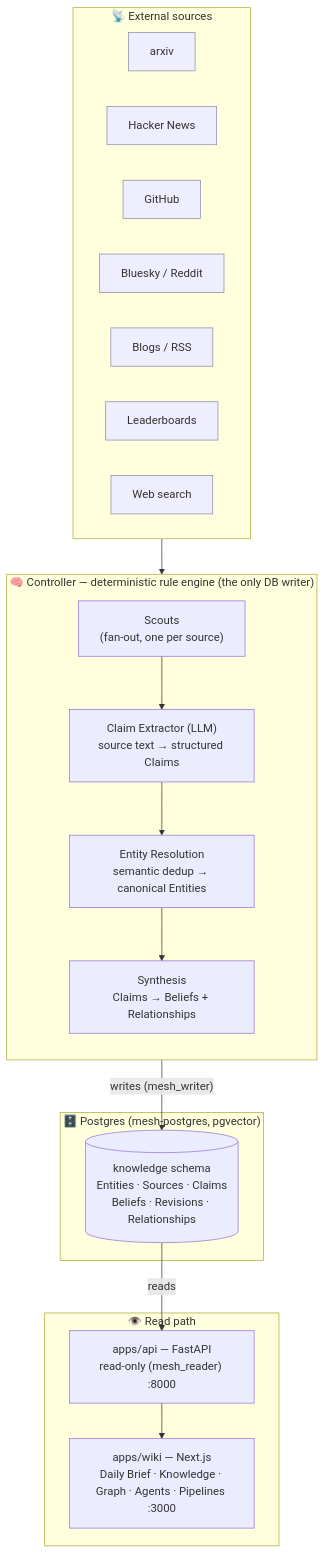
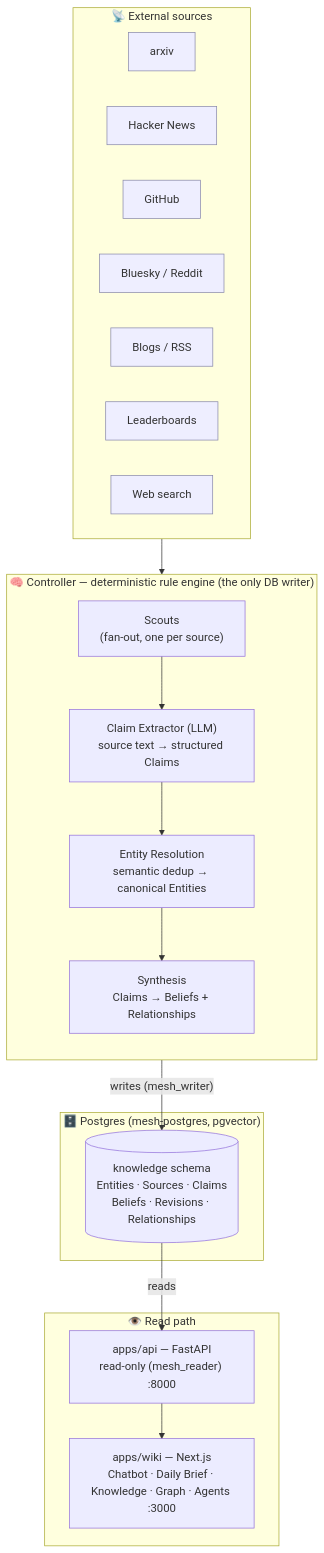
Before and after one commit to bklassen3434/agent-mesh: the first of 2 diagrams in docs/architecture.md, drawn with Mermaid. The commit also changed other lines of this file, not shown here.

First line of the commit message:
docs: correct architecture diagrams to controller-only orchestration

````diff
--- a/docs/architecture.md
+++ b/docs/architecture.md
@@ -25,38 +25,38 @@
 ```mermaid
 flowchart TD
     subgraph sources["📡 External sources"]
         S1[arxiv]
         S2[Hacker News]
         S3[GitHub]
         S4[Bluesky / Reddit]
         S5[Blogs / RSS]
         S6[Leaderboards]
         S7[Web search]
     end
 
     subgraph coord["🧠 Controller — deterministic rule engine (the only DB writer)"]
         direction TB
         SCOUT["Scouts<br/>(fan-out, one per source)"]
         EXTRACT["Claim Extractor (LLM)<br/>source text → structured Claims"]
         RESOLVE["Entity Resolution<br/>semantic dedup → canonical Entities"]
         SYNTH["Synthesis<br/>Claims → Beliefs + Relationships"]
         SCOUT --> EXTRACT --> RESOLVE --> SYNTH
     end
 
     subgraph store["🗄️ Postgres (mesh-postgres, pgvector)"]
         DB[("knowledge schema<br/>Entities · Sources · Claims<br/>Beliefs · Revisions · Relationships")]
     end
 
     subgraph read["👁️ Read path"]
         API["apps/api — FastAPI<br/>read-only (mesh_reader) :8000"]
-        WIKI["apps/wiki — Next.js<br/>Daily Brief · Knowledge · Graph · Agents · Pipelines :3000"]
+        WIKI["apps/wiki — Next.js<br/>Chatbot · Daily Brief · Knowledge · Graph · Agents :3000"]
     end
 
     sources --> SCOUT
     SYNTH -- "writes (mesh_writer)" --> DB
     DB -- "reads" --> API --> WIKI
 
     classDef src fill:#eef,stroke:#88a
     classDef c fill:#efe,stroke:#8a8
     class S1,S2,S3,S4,S5,S6,S7 src
 ```
````
